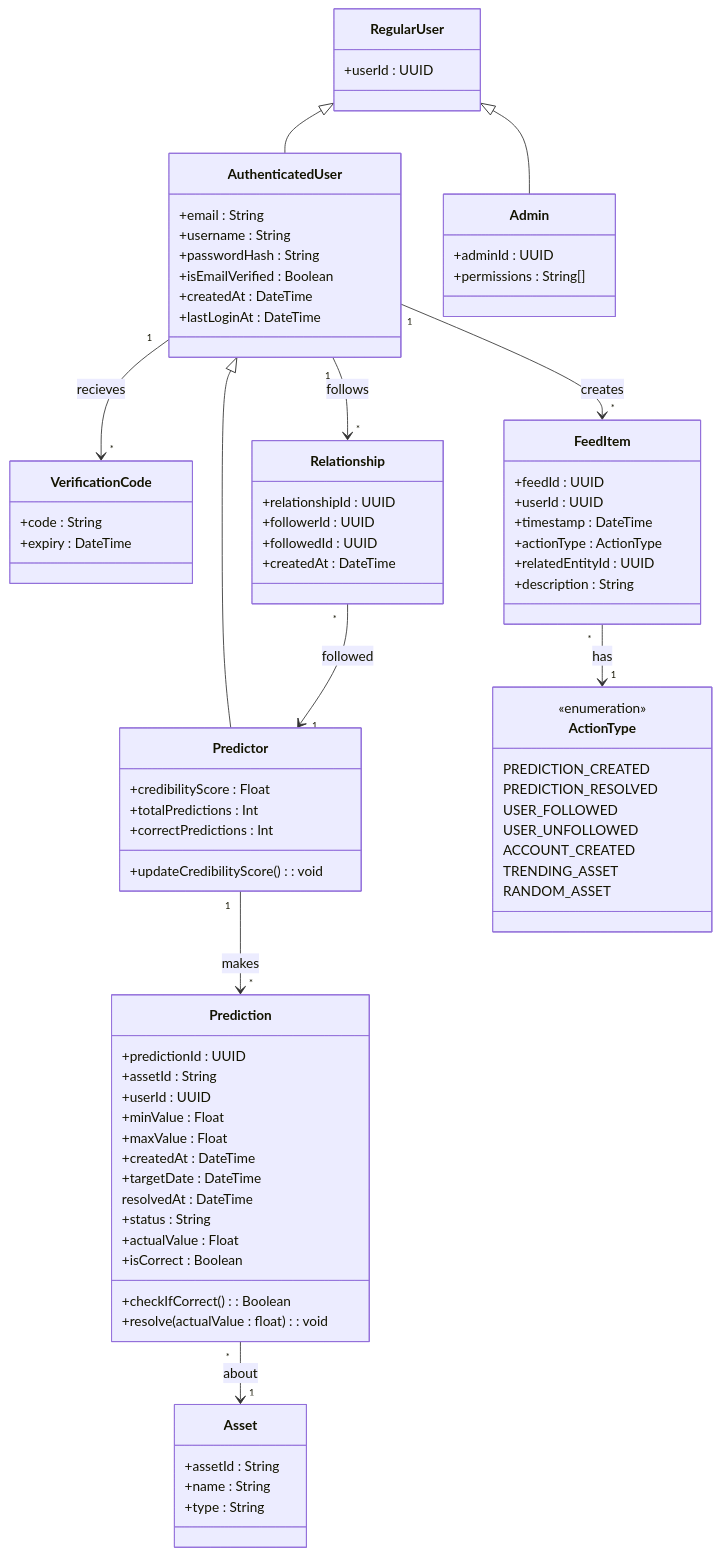
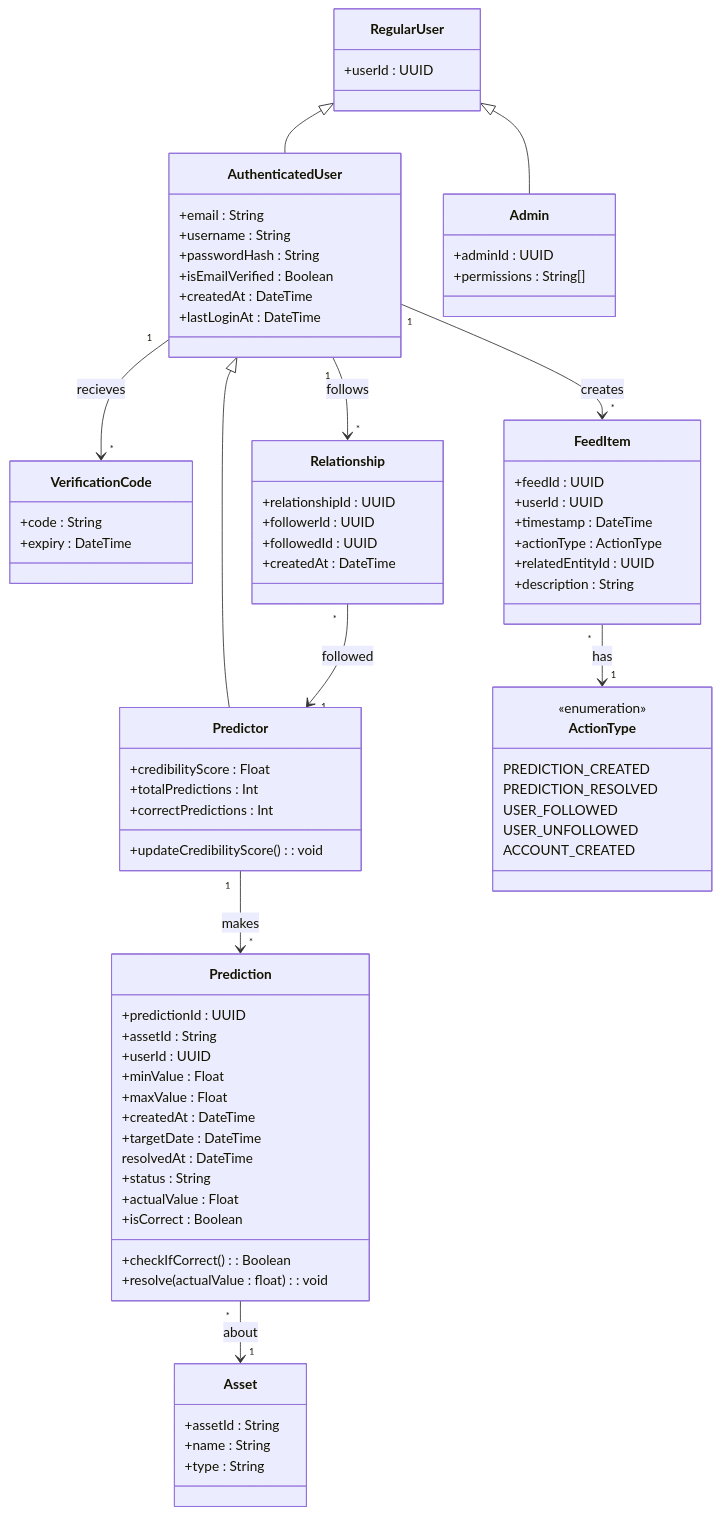
The diagram in Design/DomainModel.md (jd-velop/guess-street), drawn with Mermaid before and after one commit.

Commit message:
Remove directly asset-related ActionTypes

```diff
--- a/Design/DomainModel.md
+++ b/Design/DomainModel.md
@@ -77,8 +77,7 @@
 
 %% relatedEntityId is a UUID field that references the object that the feed item ActionType is related to
     %% PREDICTION_CREATED & PREDICTION_RESOLVED for example would contain the predictionId of the prediction
-    %% User-related ActionTypes would contain the userId
-    %% Trending and Random assets would contain the assetId
+    %% User-related ActionTypes contain the userId
 
 class ActionType {
     <<enumeration>>
@@ -87,8 +86,6 @@
     USER_FOLLOWED
     USER_UNFOLLOWED
     ACCOUNT_CREATED
-    TRENDING_ASSET
-    RANDOM_ASSET
 }
 
 %% Inheritance (IS-A)
```
